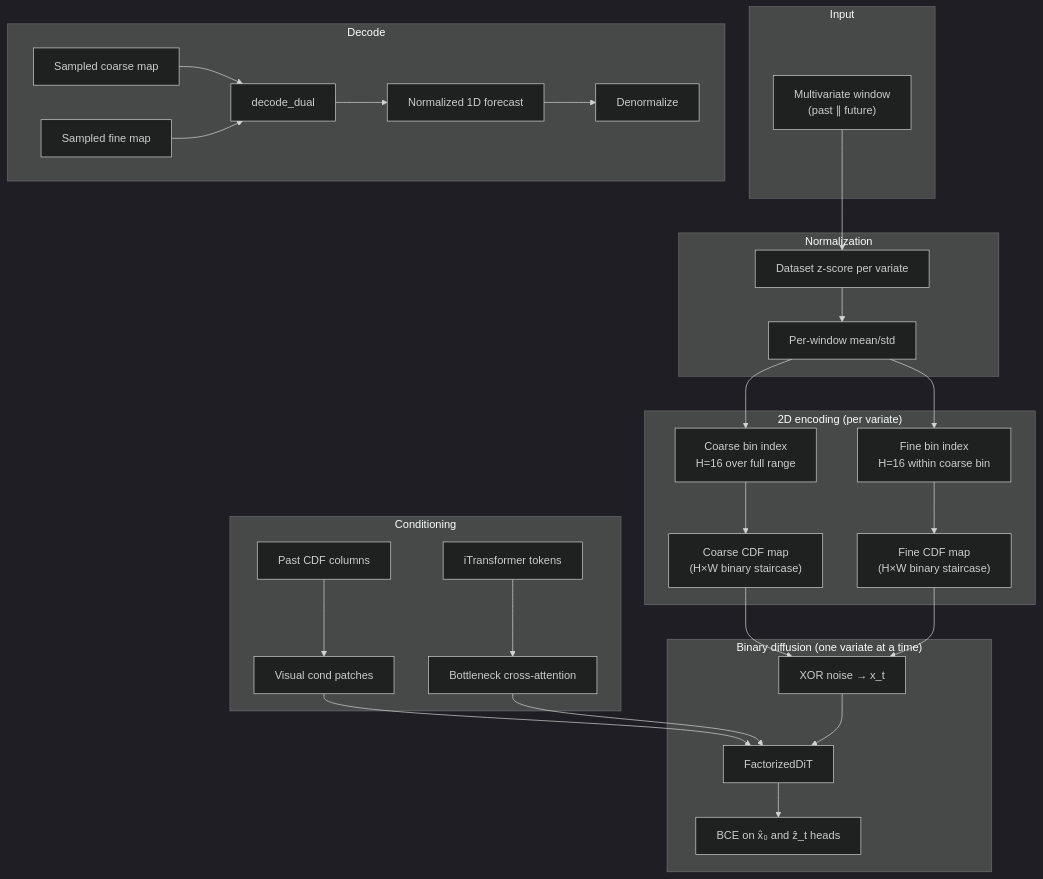
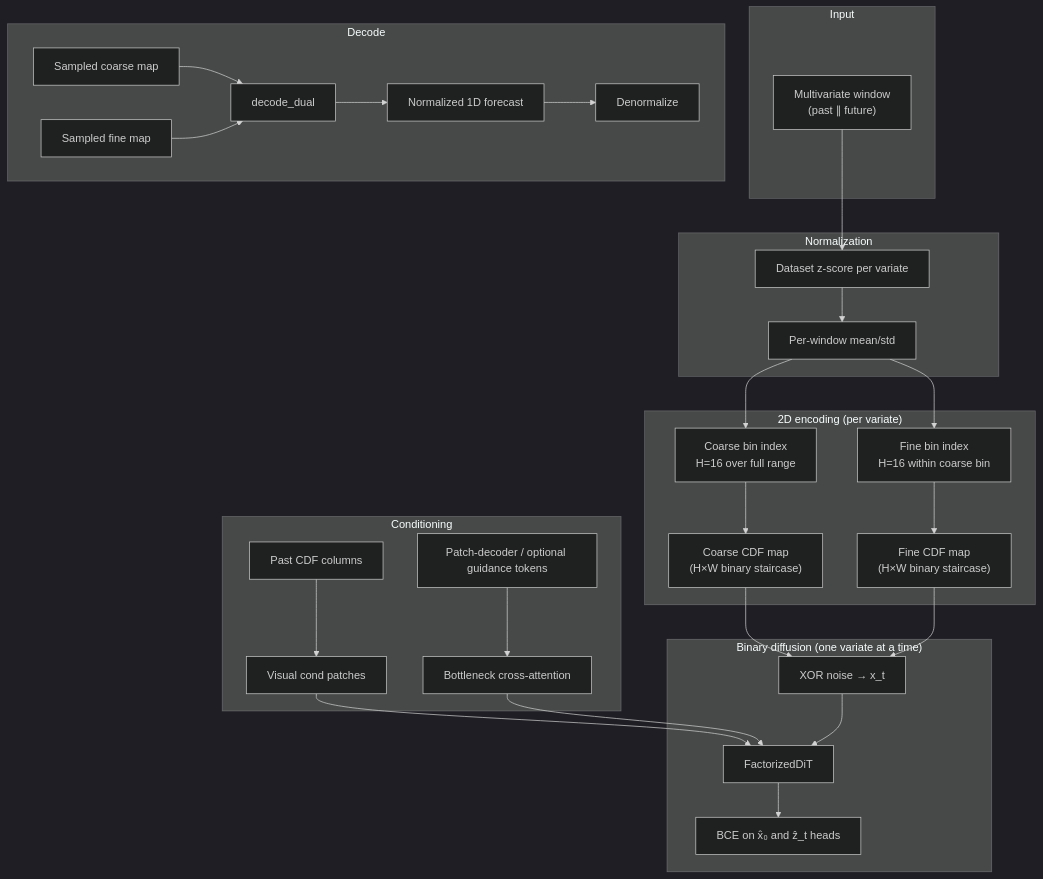
The second of 2 diagrams in architecture.md (CalvinKCao/ts-sandbox), drawn with Mermaid (dark theme) before and after one commit. The commit also changed other lines of this file and 11 other files, not shown here.

````diff
--- a/architecture.md
+++ b/architecture.md
@@ -57,40 +60,40 @@
 ```mermaid
 flowchart TB
     subgraph Input
         TS["Multivariate window<br/>(past ∥ future)"]
     end
 
     subgraph Norm["Normalization"]
         DS[Dataset z-score per variate]
         WN[Per-window mean/std]
         TS --> DS --> WN
     end
 
     subgraph Encode["2D encoding (per variate)"]
         WN --> CB[Coarse bin index<br/>H=16 over full range]
         WN --> FB[Fine bin index<br/>H=16 within coarse bin]
         CB --> CM["Coarse CDF map<br/>(H×W binary staircase)"]
         FB --> FM["Fine CDF map<br/>(H×W binary staircase)"]
     end
 
     subgraph Cond["Conditioning"]
         PM[Past CDF columns] --> COND[Visual cond patches]
-        IT[iTransformer tokens] --> XATTN[Bottleneck cross-attention]
+        GD[Patch-decoder / optional guidance tokens] --> XATTN[Bottleneck cross-attention]
     end
 
     subgraph Diff["Binary diffusion (one variate at a time)"]
         CM --> XD["XOR noise → x_t"]
         FM --> XD
         COND --> DiT[FactorizedDiT]
         XATTN --> DiT
         XD --> DiT
         DiT --> OUT["BCE on x̂₀ and ẑ_t heads"]
     end
 
     subgraph Decode["Decode"]
         SC[Sampled coarse map] --> DD[decode_dual]
         SF[Sampled fine map] --> DD
         DD --> VAL[Normalized 1D forecast]
         VAL --> DN[Denormalize]
     end
 ```
````
